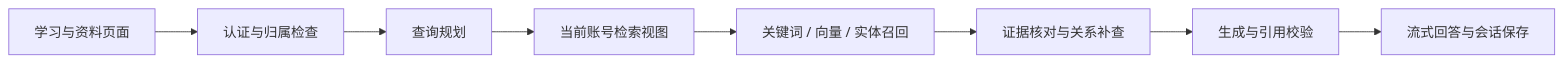
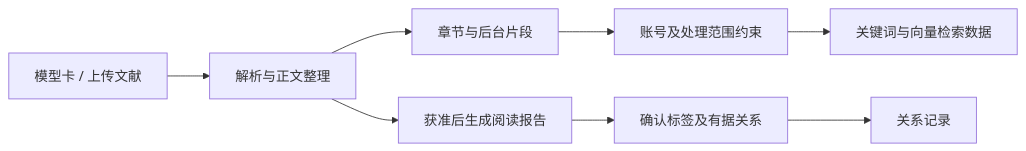
One commit to liuhao-qaintu/model-atlas changed the first of 2 diagrams in docs/ARCHITECTURE.md. Above: the diagram before and after it, drawn with Mermaid. The commit also changed other lines of this file and 10 other files, not shown here.

````diff
--- a/docs/ARCHITECTURE.md
+++ b/docs/ARCHITECTURE.md
@@ -7,10 +21,10 @@
 ```mermaid
-flowchart LR
-  A[学习与资料页面] --> B[认证与归属检查]
-  B --> C[查询规划]
-  C --> D[当前账号检索视图]
-  D --> E[关键词 / 向量 / 实体召回]
-  E --> F[证据核对与关系补查]
-  F --> G[生成与引用校验]
-  G --> H[流式回答与会话保存]
+graph LR
+    A["模型卡 / 上传文献"] --> B["解析与正文整理"]
+    B --> C["章节与后台片段"]
+    C --> D["账号及处理范围约束"]
+    D --> E["关键词与向量检索数据"]
+    B --> F["获准后生成阅读报告"]
+    F --> G["确认标签及有据关系"]
+    G --> H["关系记录"]
 ```
````
